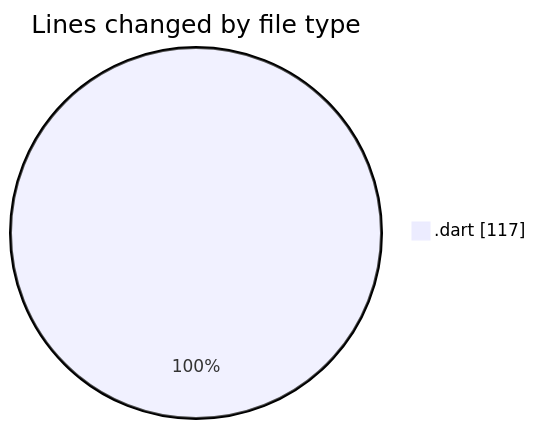
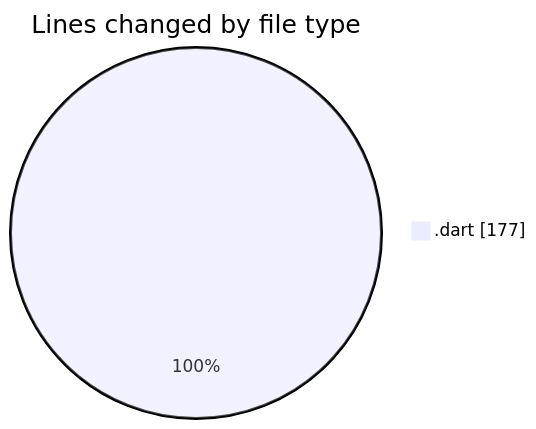
Before and after one commit to donsfak/code-tracking: the first of 2 diagrams in 2025-02-17/uber_clone/README.md, drawn with Mermaid. The commit also changed other lines of this file and 1 other file, not shown here.

````diff
--- a/2025-02-17/uber_clone/README.md
+++ b/2025-02-17/uber_clone/README.md
@@ -21,5 +21,5 @@
 ```mermaid
 pie showData
 title Lines changed by file type
-".dart" : 117
+".dart" : 177
 ```
````
